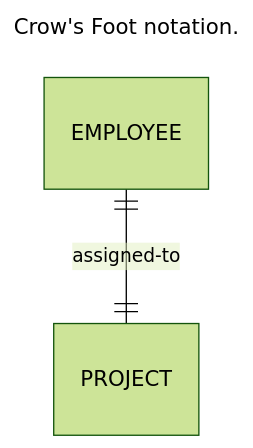
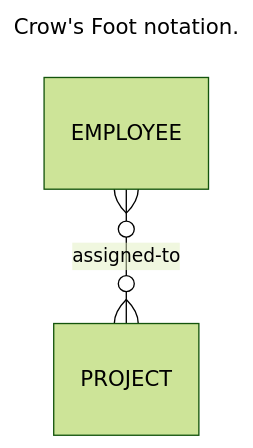
Before and after one commit to dimitri-yatsenko/datajoint-book: the diagram in book/20-concepts/01-relational.md, drawn with Mermaid (forest theme). The commit also changed other lines of this file and 5 other files, not shown here.

Commit message:
fix ERD in "Relational Model"

````diff
--- a/book/20-concepts/01-relational.md
+++ b/book/20-concepts/01-relational.md
@@ -225,7 +225,7 @@
 ```{mermaid}
 ---
 title: Crow's Foot notation.
 ---
 erDiagram
-    EMPLOYEE ||--|| PROJECT : assigned-to
+    EMPLOYEE }o--o{ PROJECT : assigned-to
 ```
````
